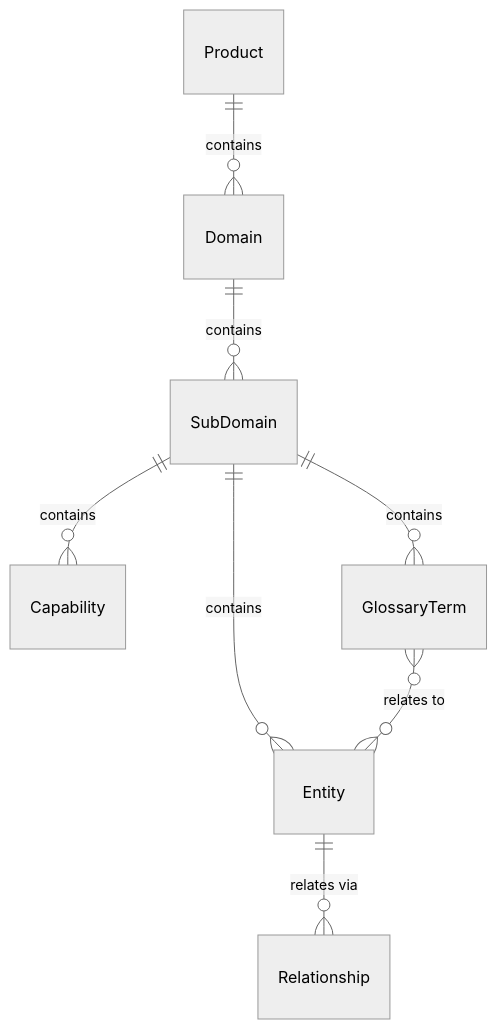
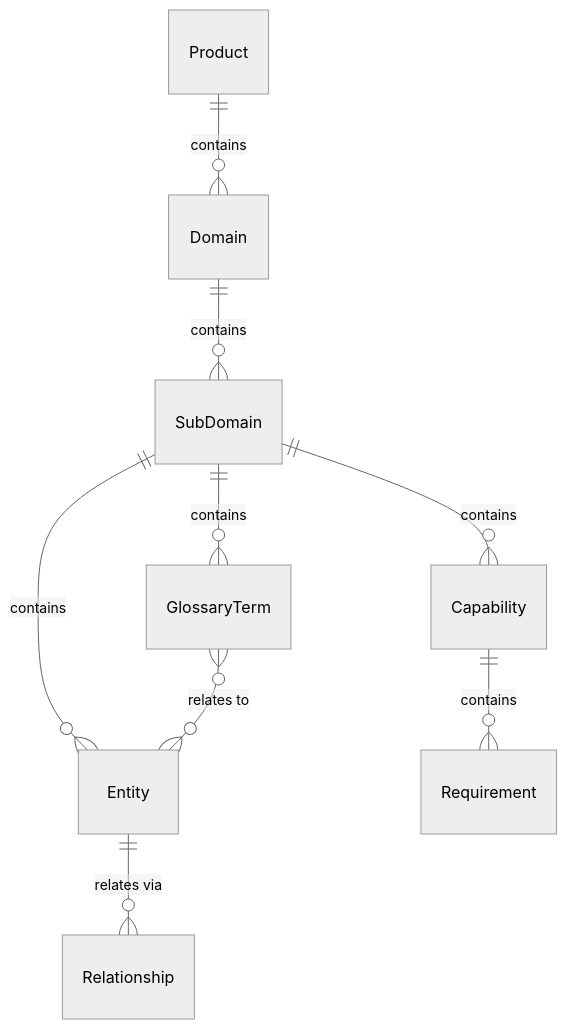
One commit to SmidigStorm/skald-python changed the diagram in docs/domains/domain-knowledge/entities/_overview.md. Above: the diagram before and after it, drawn with Mermaid (neutral theme). The commit also changed 13 other files, not shown here.

````diff
--- a/docs/domains/domain-knowledge/entities/_overview.md
+++ b/docs/domains/domain-knowledge/entities/_overview.md
@@ -7,10 +7,11 @@
 ```mermaid
 erDiagram
     Product ||--o{ Domain : contains
     Domain ||--o{ SubDomain : contains
     SubDomain ||--o{ Entity : contains
     SubDomain ||--o{ Capability : contains
     SubDomain ||--o{ GlossaryTerm : contains
     Entity ||--o{ Relationship : "relates via"
     GlossaryTerm }o--o{ Entity : "relates to"
+    Capability ||--o{ Requirement : contains
 ```
````
